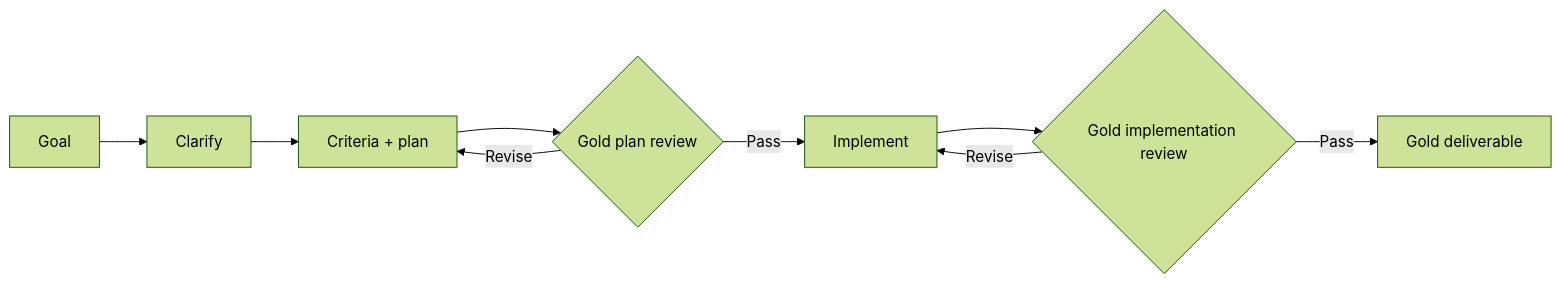
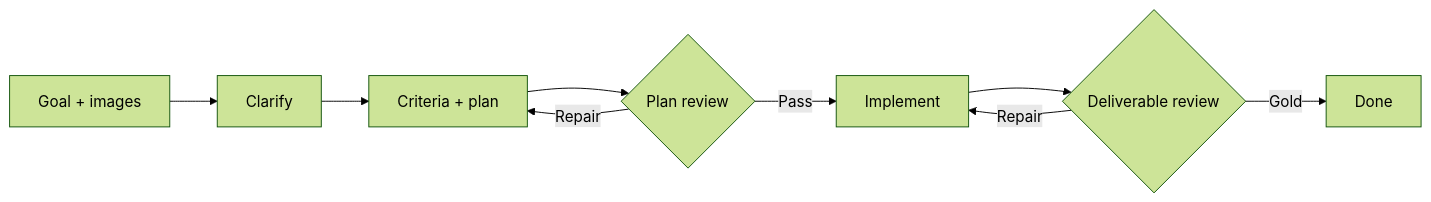
One commit to barnlabs/LightningLoop changed the diagram in README.md. Above: the diagram before and after it, drawn with Mermaid (forest theme). The commit also changed other lines of this file and 216 other files, not shown here.

````diff
--- a/README.md
+++ b/README.md
@@ -24,11 +17,11 @@
 ```mermaid
 flowchart LR
-    G["Goal"] --> C["Clarify"]
+    G["Goal + images"] --> C["Clarify"]
     C --> P["Criteria + plan"]
-    P --> RP{"Gold plan review"}
-    RP -->|Revise| P
-    RP -->|Pass| I["Implement"]
-    I --> RI{"Gold implementation review"}
-    RI -->|Revise| I
-    RI -->|Pass| D["Gold deliverable"]
+    P --> R1{"Plan review"}
+    R1 -->|Repair| P
+    R1 -->|Pass| I["Implement"]
+    I --> R2{"Deliverable review"}
+    R2 -->|Repair| I
+    R2 -->|Gold| D["Done"]
 ```
````
